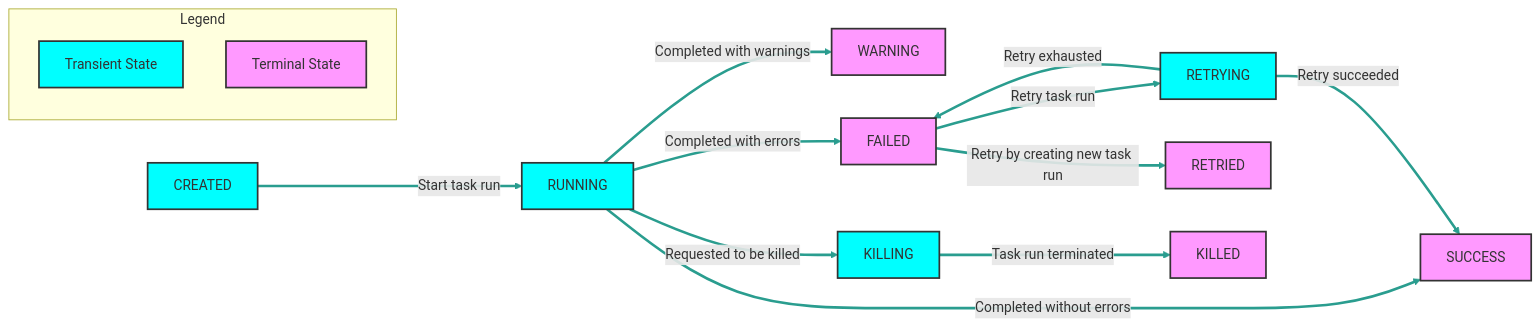
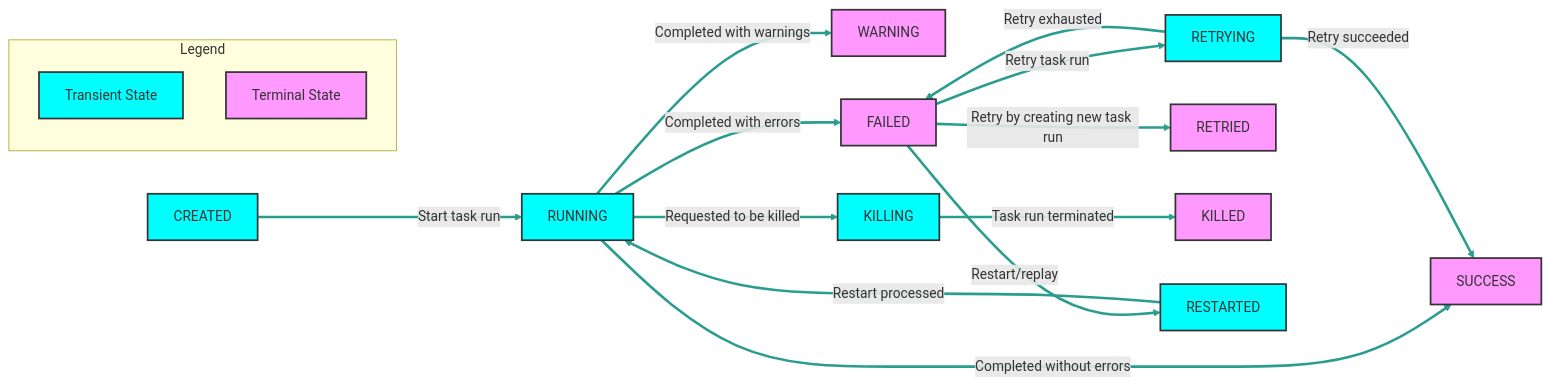
One commit to kestra-io/docs changed the second of 2 diagrams in src/contents/docs/05.workflow-components/17.states/index.md. Above: the diagram before and after it, drawn with Mermaid. The commit also changed other lines of this file, not shown here.

First line of the commit message:
docs: Add RESTARTED state to task run states documentation (#3788)

````diff
--- a/src/contents/docs/05.workflow-components/17.states/index.md
+++ b/src/contents/docs/05.workflow-components/17.states/index.md
@@ -108,27 +109,29 @@
 ```mermaid
 graph LR;
     classDef transient fill:#0ff,stroke:#333,stroke-width:2px;
     classDef terminal fill:#f9f,stroke:#333,stroke-width:2px;
 
     subgraph Legend
         direction TB
         L1[Transient State]:::transient
         L2[Terminal State]:::terminal
     end
 
     A[CREATED] -->| Start task run | B[RUNNING]
     B -->| Completed without errors | C[SUCCESS]
     B -->| Completed with warnings | D[WARNING]
     B -->| Completed with errors | E[FAILED]
     E -->| Retry task run | F[RETRYING]
     F -->| Retry succeeded | C[SUCCESS]
     F -->| Retry exhausted | E[FAILED]
     E -->| Retry by creating new task run | G[RETRIED]
     B -->| Requested to be killed | H[KILLING]
     H -->| Task run terminated | I[KILLED]
+    E -->| Restart/replay | J[RESTARTED]
+    J -->| Restart processed | B[RUNNING]
 
-    class A,B,F,H transient;
+    class A,B,F,H,J transient;
     class C,D,E,G,I terminal;
 
-    linkStyle 0,1,2,3,4,5,6,7,8,9 stroke:#2a9d8f, stroke-width:3px;
+    linkStyle 0,1,2,3,4,5,6,7,8,9,10,11 stroke:#2a9d8f, stroke-width:3px;
 ```
````
